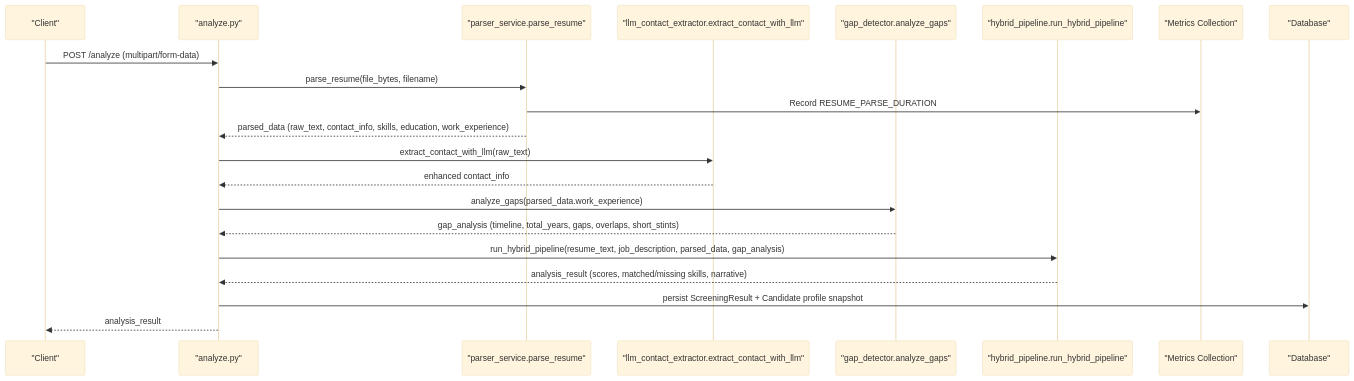
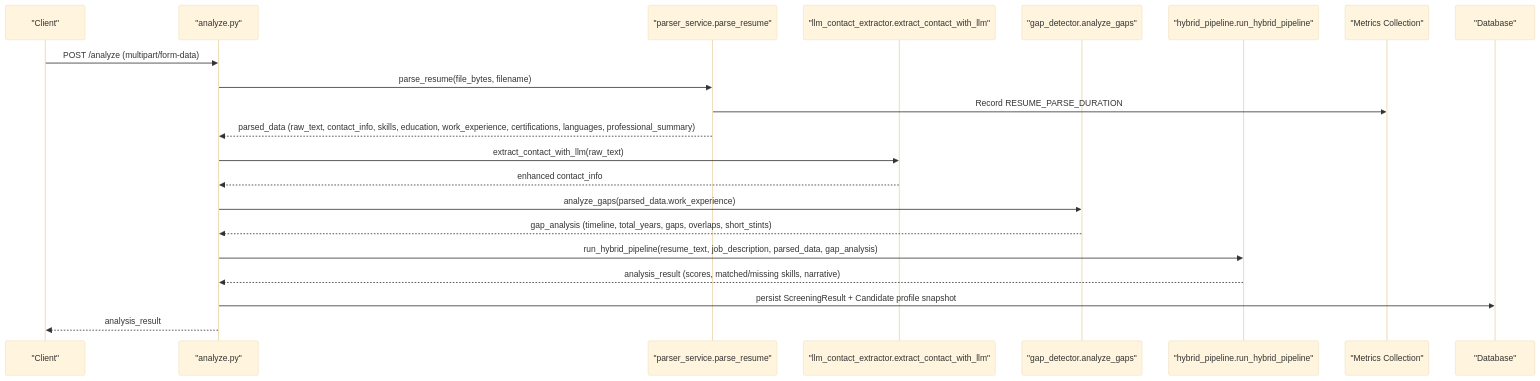
One commit to Revanththetalogics/aireume changed the second of 19 diagrams in .qoder/repowiki/en/content/Analysis Engine/Parser Service.md. Above: the diagram before and after it, drawn with Mermaid (base theme). The commit also changed other lines of this file and 41 other files, not shown here.

````diff
--- a/.qoder/repowiki/en/content/Analysis Engine/Parser Service.md
+++ b/.qoder/repowiki/en/content/Analysis Engine/Parser Service.md
@@ -162,23 +164,23 @@
 ```mermaid
 sequenceDiagram
 participant Client as "Client"
 participant Route as "analyze.py"
 participant Parser as "parser_service.parse_resume"
 participant LLM as "llm_contact_extractor.extract_contact_with_llm"
 participant Gap as "gap_detector.analyze_gaps"
 participant Hybrid as "hybrid_pipeline.run_hybrid_pipeline"
 participant Metrics as "Metrics Collection"
 participant DB as "Database"
 Client->>Route : POST /analyze (multipart/form-data)
 Route->>Parser : parse_resume(file_bytes, filename)
 Parser->>Metrics : Record RESUME_PARSE_DURATION
-Parser-->>Route : parsed_data (raw_text, contact_info, skills, education, work_experience)
+Parser-->>Route : parsed_data (raw_text, contact_info, skills, education, work_experience, certifications, languages, professional_summary)
 Route->>LLM : extract_contact_with_llm(raw_text)
 LLM-->>Route : enhanced contact_info
 Route->>Gap : analyze_gaps(parsed_data.work_experience)
 Gap-->>Route : gap_analysis (timeline, total_years, gaps, overlaps, short_stints)
 Route->>Hybrid : run_hybrid_pipeline(resume_text, job_description, parsed_data, gap_analysis)
 Hybrid-->>Route : analysis_result (scores, matched/missing skills, narrative)
 Route->>DB : persist ScreeningResult + Candidate profile snapshot
 Route-->>Client : analysis_result
 ```
````
